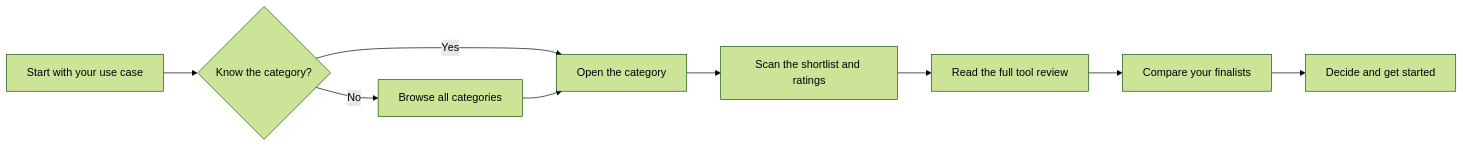
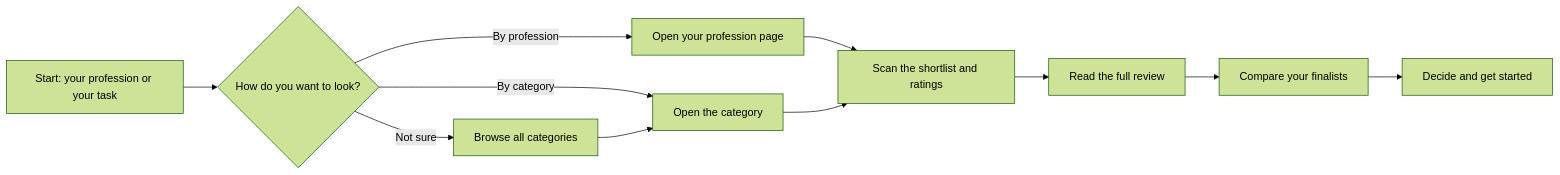
One commit to ombharatiya/ai-tools changed the diagram in README.md. Above: the diagram before and after it, drawn with Mermaid (forest theme). The commit also changed other lines of this file and 6 other files, not shown here.

First line of the commit message:
docs: cover apps and add browse-by-profession navigation

````diff
--- a/README.md
+++ b/README.md
@@ -15,11 +15,13 @@
 ```mermaid
 flowchart LR
-    A[Start with your use case] --> B{Know the category?}
-    B -- Yes --> C[Open the category]
-    B -- No --> D[Browse all categories]
+    A[Start: your profession or your task] --> B{How do you want to look?}
+    B -- By profession --> P[Open your profession page]
+    B -- By category --> C[Open the category]
+    B -- Not sure --> D[Browse all categories]
+    P --> E
     D --> C
     C --> E[Scan the shortlist and ratings]
-    E --> F[Read the full tool review]
+    E --> F[Read the full review]
     F --> G[Compare your finalists]
     G --> H[Decide and get started]
 ```
````
